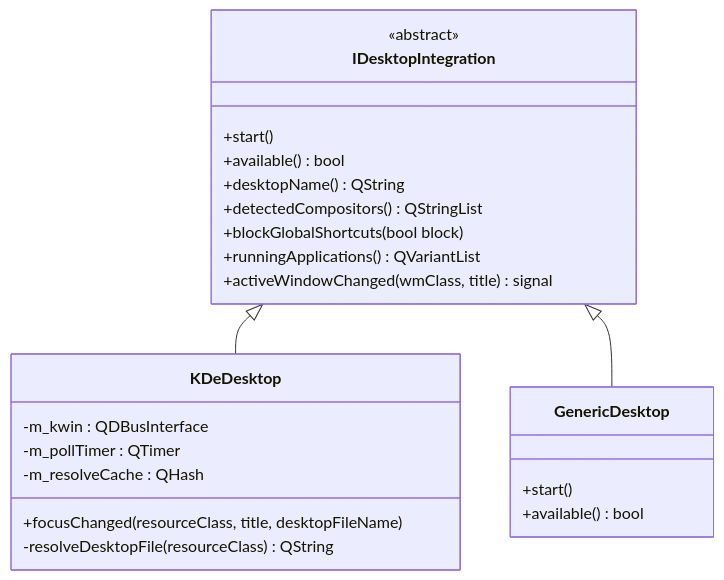
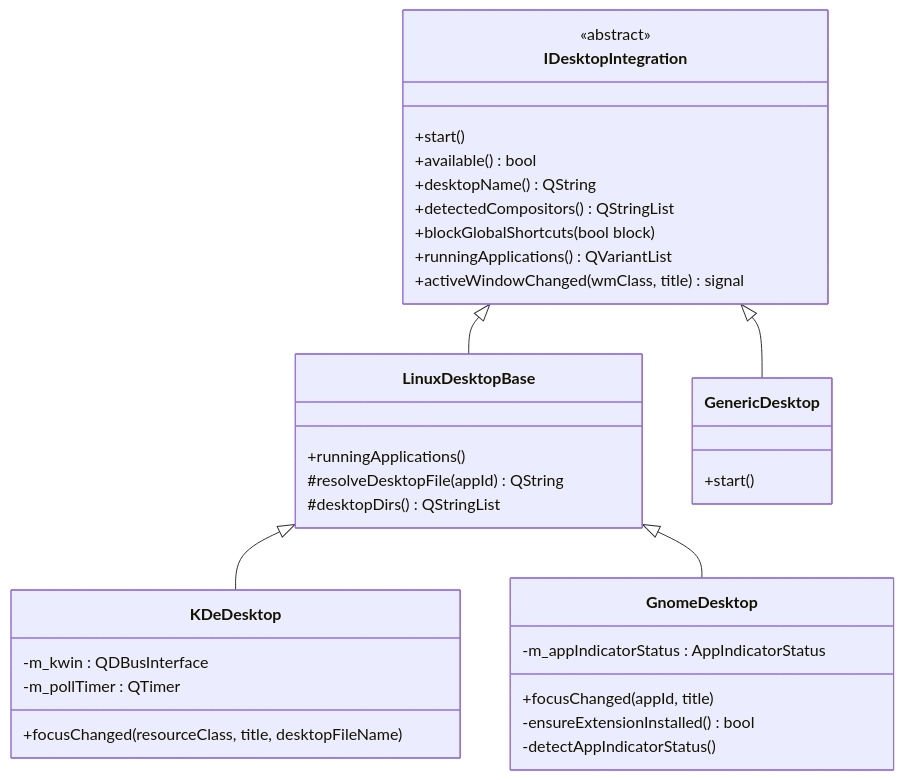
Before and after one commit to GarrettGR/logitune: the ninth of 16 diagrams in docs/wiki/Architecture.md, drawn with Mermaid. The commit also changed other lines of this file and 12 other files, not shown here.

````diff
--- a/docs/wiki/Architecture.md
+++ b/docs/wiki/Architecture.md
@@ -493,29 +456,41 @@
 ```mermaid
 classDiagram
     class IDesktopIntegration {
         <<abstract>>
         +start()
         +available() bool
         +desktopName() QString
         +detectedCompositors() QStringList
         +blockGlobalShortcuts(bool block)
         +runningApplications() QVariantList
         +activeWindowChanged(wmClass, title) signal
     }
 
+    class LinuxDesktopBase {
+        +runningApplications()
+        #resolveDesktopFile(appId) QString
+        #desktopDirs() QStringList
+    }
+
     class KDeDesktop {
         +focusChanged(resourceClass, title, desktopFileName)
-        -resolveDesktopFile(resourceClass) QString
         -m_kwin : QDBusInterface
         -m_pollTimer : QTimer
-        -m_resolveCache : QHash
+    }
+
+    class GnomeDesktop {
+        +focusChanged(appId, title)
+        -ensureExtensionInstalled() bool
+        -detectAppIndicatorStatus()
+        -m_appIndicatorStatus : AppIndicatorStatus
     }
 
     class GenericDesktop {
         +start()
-        +available() bool
     }
 
-    IDesktopIntegration <|-- KDeDesktop
+    IDesktopIntegration <|-- LinuxDesktopBase
+    LinuxDesktopBase <|-- KDeDesktop
+    LinuxDesktopBase <|-- GnomeDesktop
     IDesktopIntegration <|-- GenericDesktop
 ```
````
